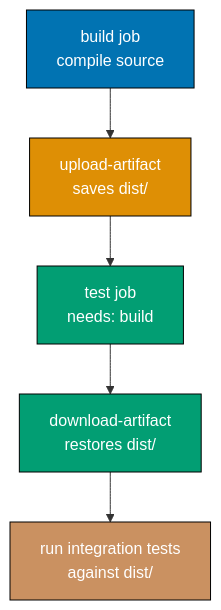
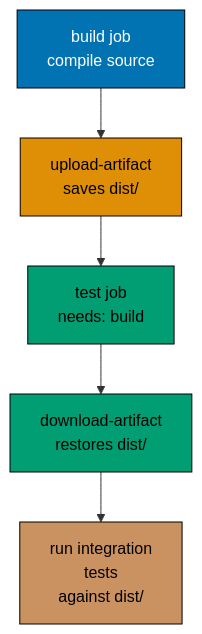
The fourth of 9 diagrams in apps/ayokoding-www/content/en/learn/legacy/software-engineering/automation-tools/github-actions/by-example/intermediate.md (wahidyankf/ose-public), drawn with Mermaid before and after one commit. The commit also changed other lines of this file and 131 other files, not shown here.

First line of the commit message:
fix(mermaid): bring the legacy data, infrastructure, and testing diagrams onto the accessible palette

````diff
--- a/apps/ayokoding-www/content/en/learn/legacy/software-engineering/automation-tools/github-actions/by-example/intermediate.md
+++ b/apps/ayokoding-www/content/en/learn/legacy/software-engineering/automation-tools/github-actions/by-example/intermediate.md
@@ -422,20 +439,27 @@
 ```mermaid
 %% Color Palette: Blue #0173B2, Orange #DE8F05, Teal #029E73, Purple #CC78BC, Brown #CA9161
 graph TD
+    accTitle: Example 35: actions/upload-artifact and download-artifact
+    accDescr: Graph with 5 nodes and 4 connections. Nodes: build job compile source, upload-artifact saves dist/, test job needs: build, download-artifact restores dist/, run integration tests against dist/. Connections: build job compile source to upload-artifact saves dist/, upload-artifact saves dist/ to test job needs: build, test job needs: build to download-artifact restores dist/, download-artifact restores dist/ to run integration tests against dist/.
     BUILD["build job<br/>compile source"]
     UP["upload-artifact<br/>saves dist/"]
     TEST["test job<br/>needs: build"]
     DOWN["download-artifact<br/>restores dist/"]
-    RUN["run integration tests<br/>against dist/"]
+    RUN["run integration<br/>tests<br/>against dist/"]
 
     BUILD --> UP
     UP --> TEST
     TEST --> DOWN
     DOWN --> RUN
 
-    style BUILD fill:#0173B2,stroke:#000,color:#fff
-    style UP fill:#DE8F05,stroke:#000,color:#fff
-    style TEST fill:#029E73,stroke:#000,color:#fff
-    style DOWN fill:#029E73,stroke:#000,color:#fff
-    style RUN fill:#CA9161,stroke:#000,color:#fff
+    classDef pal-0173B2 fill:#0173B2,stroke:#000000,color:#FFFFFF
+    class BUILD pal-0173B2
+    classDef pal-DE8F05 fill:#DE8F05,stroke:#000000,color:#000000
+    class UP pal-DE8F05
+    classDef pal-029E73 fill:#029E73,stroke:#000000,color:#000000
+    class TEST pal-029E73
+    class DOWN pal-029E73
+    classDef pal-CA9161 fill:#CA9161,stroke:#000000,color:#000000
+    class RUN pal-CA9161
+    classDef default fill:#FFFFFF,stroke:#000000,color:#000000
 ```
````
